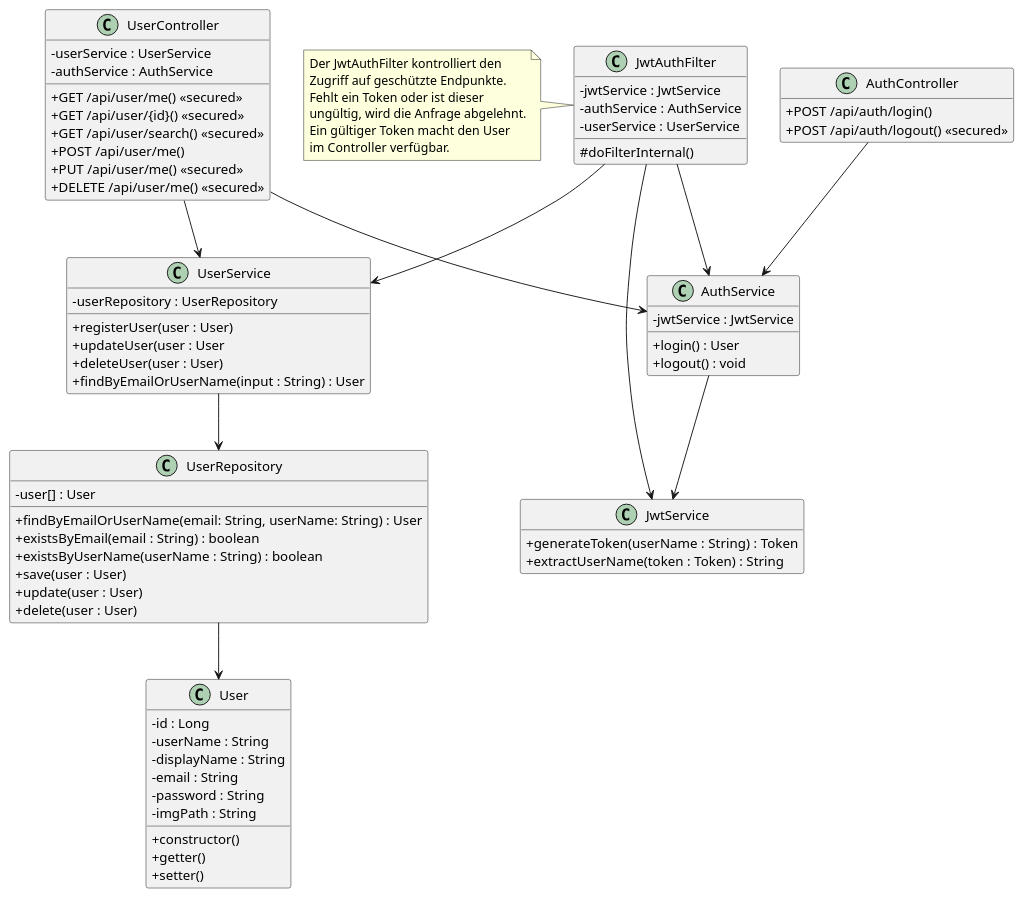
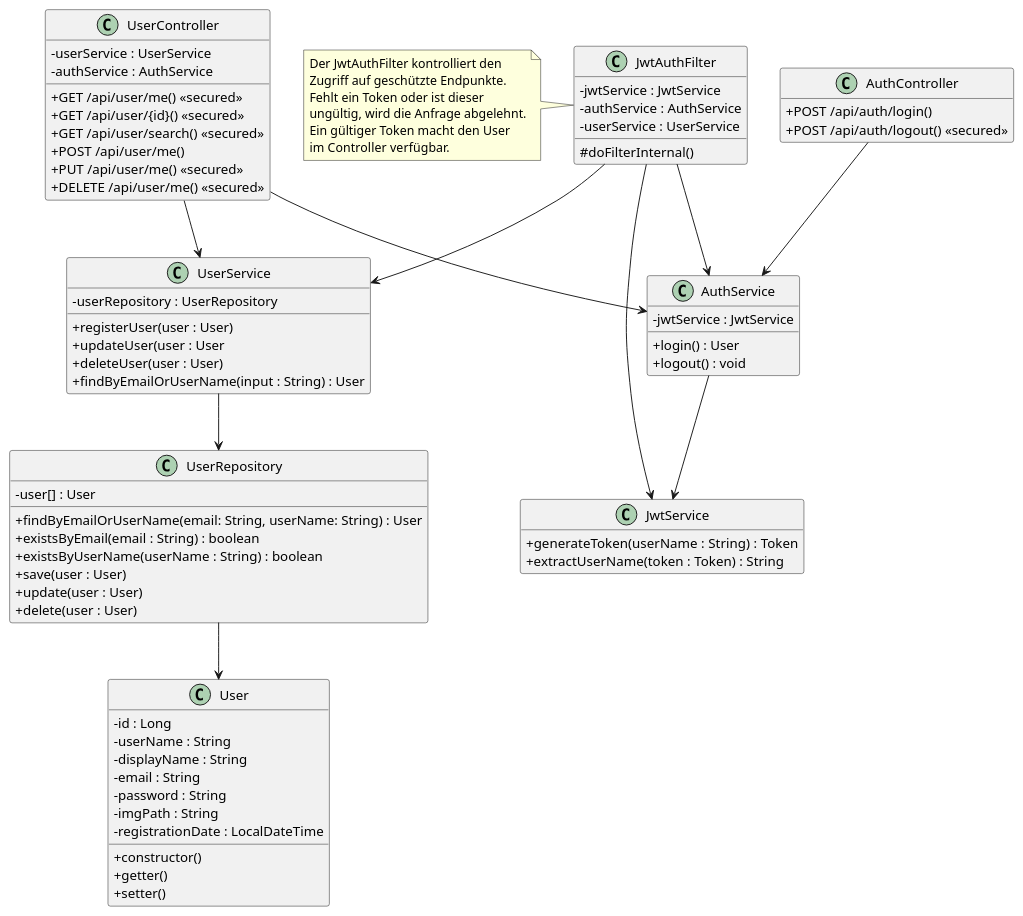
One commit to SpaghettiCodeGang/TryLater-Server changed the diagram in uml/class/Class_User.puml. Above: the diagram before and after it, drawn with PlantUML. The commit also changed 2 other files, not shown here.

Commit message:
feat: adds LocalDateTimes

```diff
--- a/uml/class/Class_User.puml
+++ b/uml/class/Class_User.puml
@@ -1,88 +1,89 @@
 @startuml
 skinparam classAttributeIconSize 0
 hide empty members
 
 class User {
     - id : Long
     - userName : String
     - displayName : String
     - email : String
     - password : String
     - imgPath : String
+    - registrationDate : LocalDateTime
     + constructor()
     + getter()
     + setter()
 }
 
 class UserRepository {
     - user[] : User
     + findByEmailOrUserName(email: String, userName: String) : User
     + existsByEmail(email : String) : boolean
     + existsByUserName(userName : String) : boolean
     + save(user : User)
     + update(user : User)
     + delete(user : User)
 }
 
 class UserService {
     - userRepository : UserRepository
     + registerUser(user : User)
     + updateUser(user : User
     + deleteUser(user : User)
     + findByEmailOrUserName(input : String) : User
 }
 
 class UserController {
     - userService : UserService
     - authService : AuthService
     + GET /api/user/me() <<secured>>
     + GET /api/user/{id}() <<secured>>
     + GET /api/user/search() <<secured>>
     + POST /api/user/me()
     + PUT /api/user/me() <<secured>>
     + DELETE /api/user/me() <<secured>>
 }
 
 class JwtService {
     + generateToken(userName : String) : Token
     + extractUserName(token : Token) : String
 }
 
 class JwtAuthFilter {
     - jwtService : JwtService
     - authService : AuthService
     - userService : UserService
     # doFilterInternal()
 }
 
 note left of JwtAuthFilter
     Der JwtAuthFilter kontrolliert den
     Zugriff auf geschützte Endpunkte.
     Fehlt ein Token oder ist dieser
     ungültig, wird die Anfrage abgelehnt.
     Ein gültiger Token macht den User
     im Controller verfügbar.
 end note
 
 class AuthService {
     - jwtService : JwtService
     + login() : User
     + logout() : void
 }
 
 class AuthController {
     + POST /api/auth/login()
     + POST /api/auth/logout() <<secured>>
 }
 
 UserRepository --> User
 UserService --> UserRepository
 UserController --> AuthService
 UserController --> UserService
 AuthService --> JwtService
 AuthController --> AuthService
 JwtAuthFilter --> UserService
 JwtAuthFilter --> JwtService
 JwtAuthFilter --> AuthService
 
 @enduml
```
